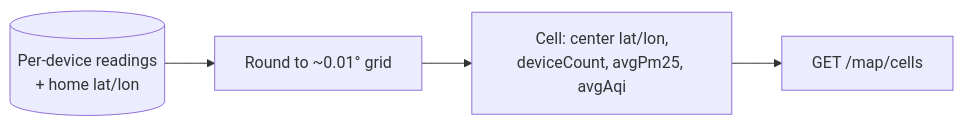
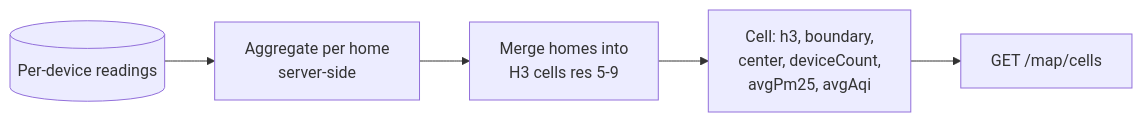
Before and after one commit to Hek846/aerospec: the seventh of 9 diagrams in docs/PIPELINE.md, drawn with Mermaid. The commit also changed other lines of this file and 9 other files, not shown here.

First line of the commit message:
API: analytics schema (annotations + hourly stats) and H3 hex /map/cells

````diff
--- a/docs/PIPELINE.md
+++ b/docs/PIPELINE.md
@@ -206,6 +280,7 @@
 ```mermaid
 flowchart LR
-    R[("Per-device readings<br/>+ home lat/lon")] --> G["Round to ~0.01° grid"]
-    G --> C["Cell: center lat/lon,<br/>deviceCount, avgPm25, avgAqi"]
+    R[("Per-device readings")] --> H["Aggregate per home<br/>server-side"]
+    H --> G["Merge homes into<br/>H3 cells res 5-9"]
+    G --> C["Cell: h3, boundary,<br/>center, deviceCount,<br/>avgPm25, avgAqi"]
     C --> API["GET /map/cells"]
 ```
````
